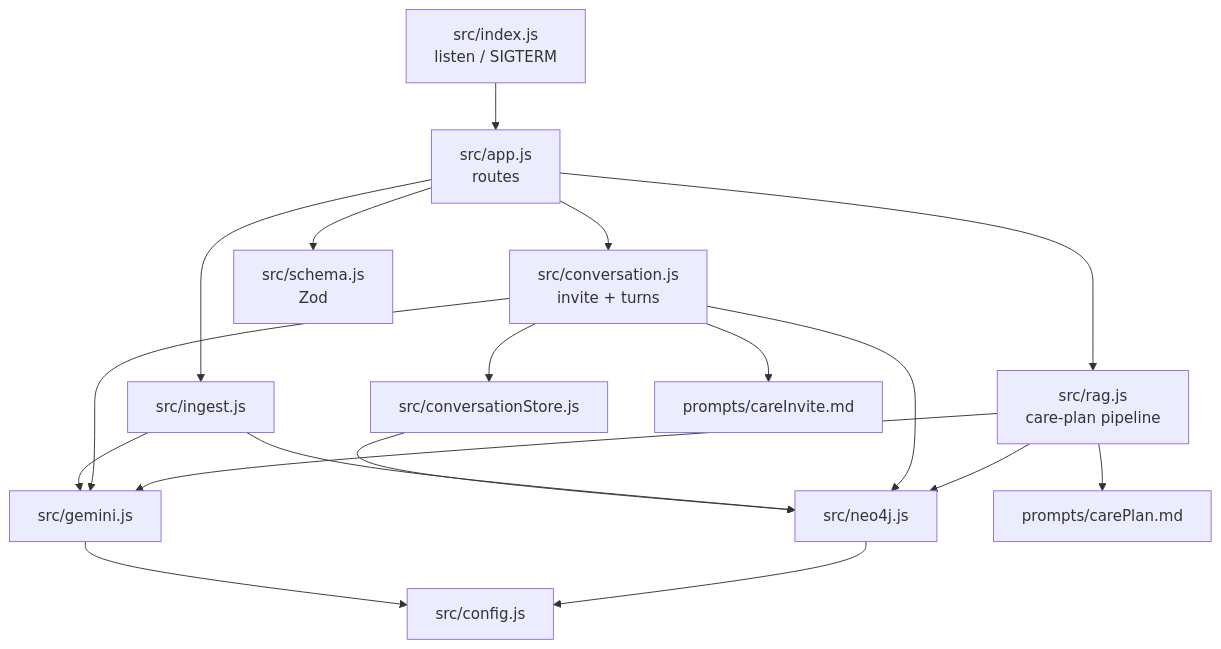
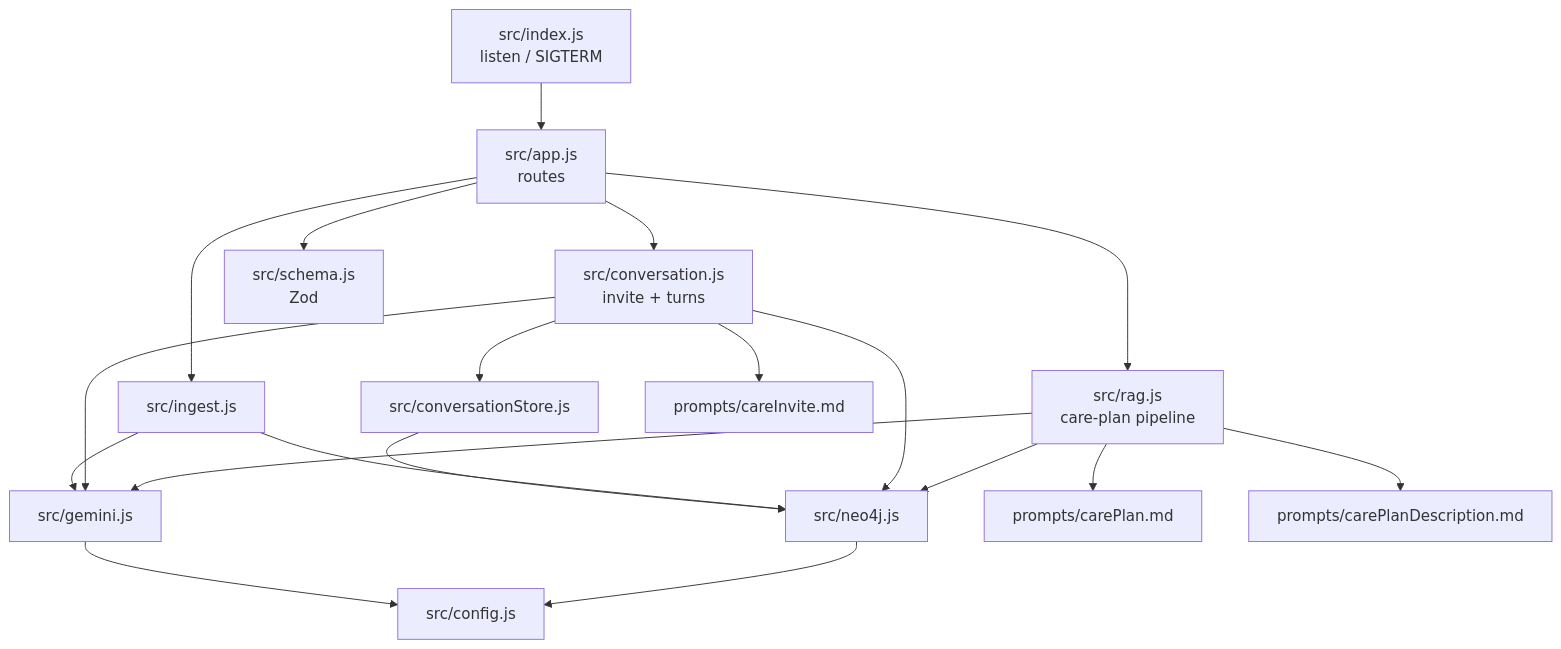
The third of 17 diagrams in ARCH.md (Allyhere/2tdspw-challange-rag-api), drawn with Mermaid before and after one commit. The commit also changed other lines of this file and 11 other files, not shown here.

````diff
--- a/ARCH.md
+++ b/ARCH.md
@@ -85,33 +85,35 @@
 ```mermaid
 flowchart TB
     index["src/index.js<br/>listen / SIGTERM"]
     app["src/app.js<br/>routes"]
     rag["src/rag.js<br/>care-plan pipeline"]
     conv["src/conversation.js<br/>invite + turns"]
     store["src/conversationStore.js"]
     ingest["src/ingest.js"]
     neo["src/neo4j.js"]
     gem["src/gemini.js"]
     schema["src/schema.js<br/>Zod"]
     cfg["src/config.js"]
     p1["prompts/carePlan.md"]
     p2["prompts/careInvite.md"]
+    p3["prompts/carePlanDescription.md"]
 
     index --> app
     app --> rag
     app --> conv
     app --> ingest
     app --> schema
     rag --> neo
     rag --> gem
     rag --> p1
+    rag --> p3
     conv --> store
     conv --> gem
     conv --> neo
     conv --> p2
     ingest --> neo
     ingest --> gem
     neo --> cfg
     gem --> cfg
     store --> neo
 ```
````
